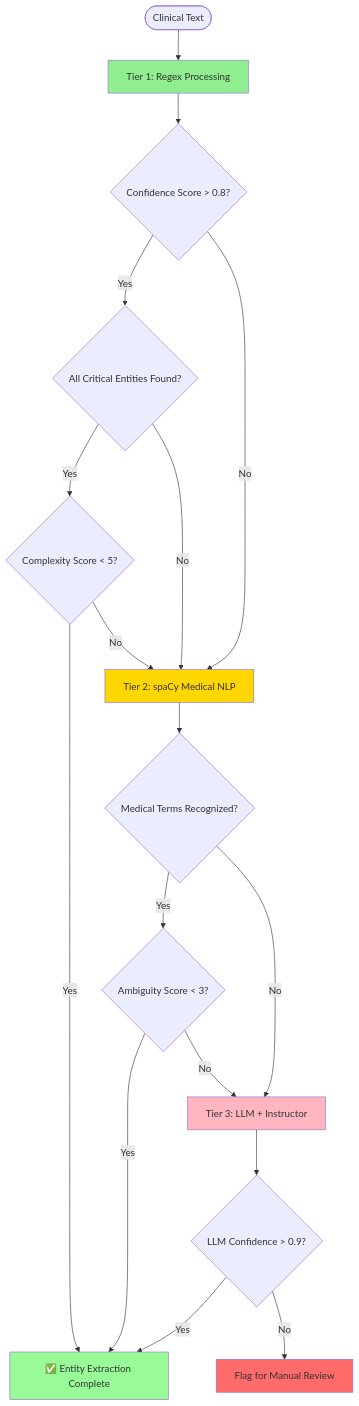
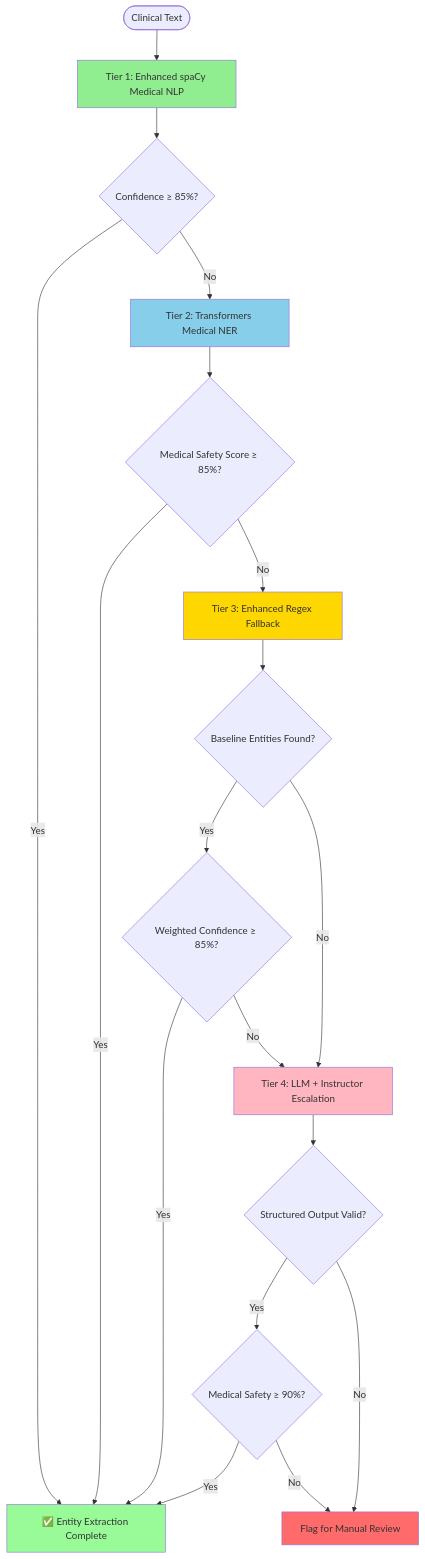
Before and after one commit to jc7k/nl-fhir: the fourth of 5 diagrams in README.md, drawn with Mermaid. The commit also changed other lines of this file and 33 other files, not shown here.

````diff
--- a/README.md
+++ b/README.md
@@ -205,27 +224,30 @@
 ```mermaid
 flowchart TD
-    Start([Clinical Text]) --> Regex[Tier 1: Regex Processing]
-    Regex --> Check1{Confidence Score > 0.8?}
-    Check1 -->|Yes| Check2{All Critical Entities Found?}
-    Check1 -->|No| SpaCy[Tier 2: spaCy Medical NLP]
-    Check2 -->|Yes| Check3{Complexity Score < 5?}
-    Check2 -->|No| SpaCy
-    Check3 -->|Yes| Success[✅ Entity Extraction Complete]
-    Check3 -->|No| SpaCy
+    Start([Clinical Text]) --> SpaCy[Tier 1: Enhanced spaCy Medical NLP]
+    SpaCy --> Check1{Confidence ≥ 85%?}
+    Check1 -->|Yes| Success[✅ Entity Extraction Complete]
+    Check1 -->|No| Transformer[Tier 2: Transformers Medical NER]
     
-    SpaCy --> Check4{Medical Terms Recognized?}
-    Check4 -->|Yes| Check5{Ambiguity Score < 3?}
-    Check4 -->|No| LLM[Tier 3: LLM + Instructor]
-    Check5 -->|Yes| Success
-    Check5 -->|No| LLM
+    Transformer --> Check2{Medical Safety Score ≥ 85%?}
+    Check2 -->|Yes| Success
+    Check2 -->|No| Regex[Tier 3: Enhanced Regex Fallback]
     
-    LLM --> Check6{LLM Confidence > 0.9?}
+    Regex --> Check3{Baseline Entities Found?}
+    Check3 -->|Yes| Check4{Weighted Confidence ≥ 85%?}
+    Check3 -->|No| LLM[Tier 4: LLM + Instructor Escalation]
+    Check4 -->|Yes| Success
+    Check4 -->|No| LLM
+    
+    LLM --> Check5{Structured Output Valid?}
+    Check5 -->|Yes| Check6{Medical Safety ≥ 90%?}
+    Check5 -->|No| Manual[Flag for Manual Review]
     Check6 -->|Yes| Success
-    Check6 -->|No| Manual[Flag for Manual Review]
+    Check6 -->|No| Manual
     
-    style Regex fill:#90EE90
-    style SpaCy fill:#FFD700
+    style SpaCy fill:#90EE90
+    style Transformer fill:#87CEEB
+    style Regex fill:#FFD700
     style LLM fill:#FFB6C1
     style Success fill:#98FB98
     style Manual fill:#FF6B6B
 ```
````
